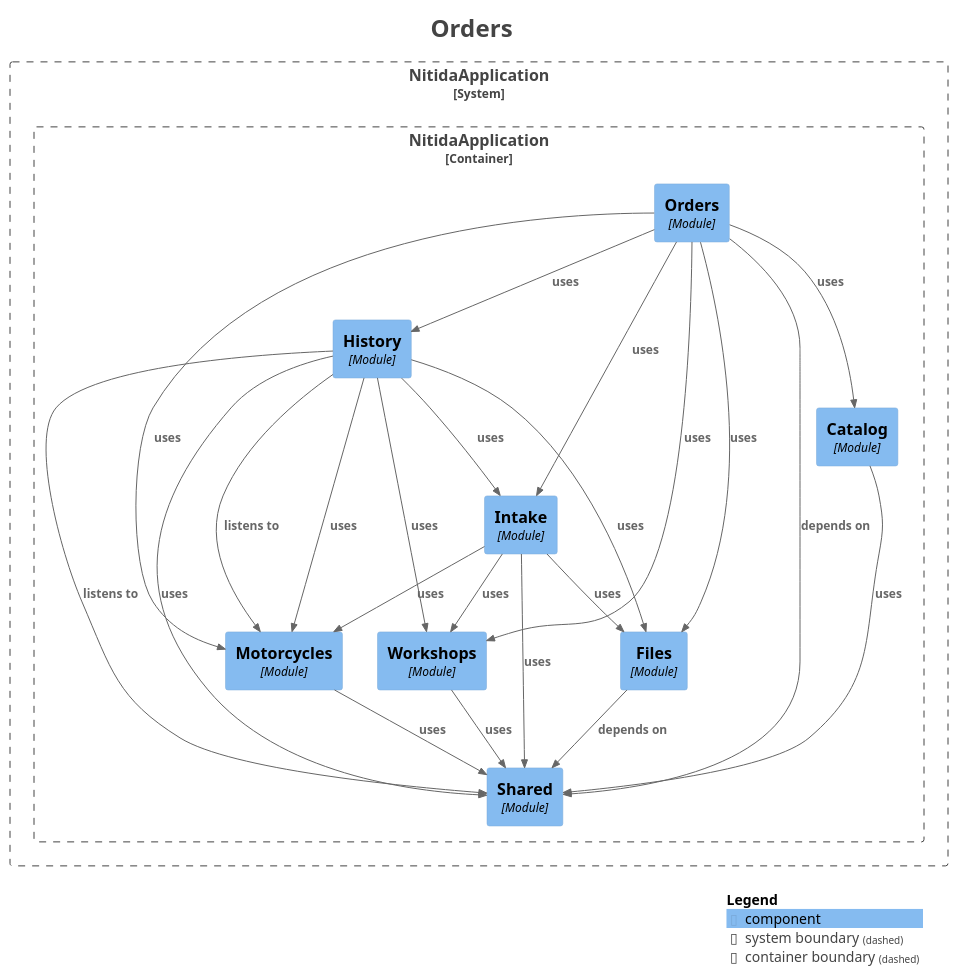
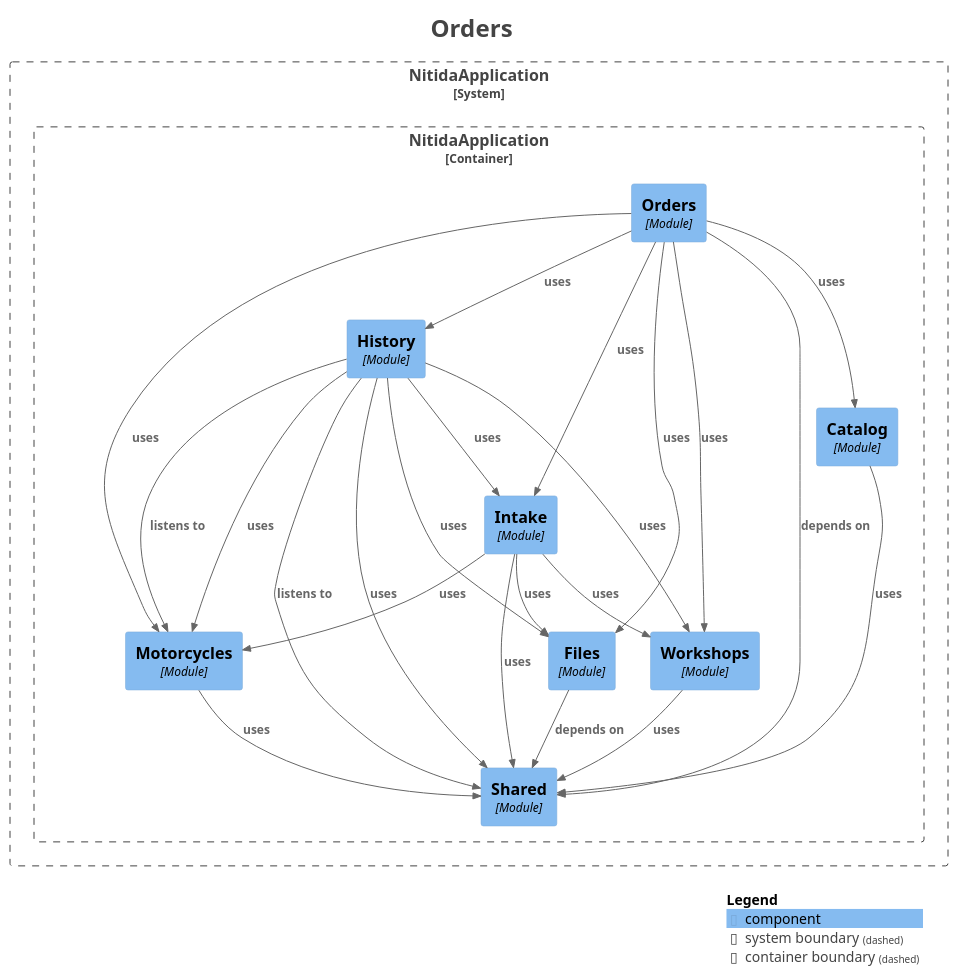
One commit to Nicolas-12000/Nitida changed the diagram in docs/modulos/module-orders.puml. Above: the diagram before and after it, drawn with PlantUML. The commit also changed other lines of this file and 13 other files, not shown here.

Commit message:
feat(dev): development seed through the public API (admin, 2 workshops, 5 delivered motorcycles); test: Ed25519 JDK vs BouncyCastle differential

```diff
--- a/docs/modulos/module-orders.puml
+++ b/docs/modulos/module-orders.puml
@@ -1,57 +1,57 @@
 @startuml
 title <size:24>Orders</size>
 
 set separator none
 top to bottom direction
 
 <style>
   root {
     BackgroundColor: #ffffff
     FontColor: #444444
   }
 </style>
 
 !include <C4/C4>
 !include <C4/C4_Context>
 !include <C4/C4_Component>
 
 System_Boundary("NitidaApplication_boundary", "NitidaApplication", $tags="") {
   Container_Boundary("NitidaApplication.NitidaApplication_boundary", "NitidaApplication", $tags="") {
+    Component(NitidaApplication.NitidaApplication.Intake, "Intake", $techn="Module", $descr="", $tags="", $link="")
     Component(NitidaApplication.NitidaApplication.History, "History", $techn="Module", $descr="", $tags="", $link="")
     Component(NitidaApplication.NitidaApplication.Orders, "Orders", $techn="Module", $descr="", $tags="", $link="")
     Component(NitidaApplication.NitidaApplication.Shared, "Shared", $techn="Module", $descr="", $tags="", $link="")
     Component(NitidaApplication.NitidaApplication.Catalog, "Catalog", $techn="Module", $descr="", $tags="", $link="")
     Component(NitidaApplication.NitidaApplication.Files, "Files", $techn="Module", $descr="", $tags="", $link="")
     Component(NitidaApplication.NitidaApplication.Motorcycles, "Motorcycles", $techn="Module", $descr="", $tags="", $link="")
     Component(NitidaApplication.NitidaApplication.Workshops, "Workshops", $techn="Module", $descr="", $tags="", $link="")
-    Component(NitidaApplication.NitidaApplication.Intake, "Intake", $techn="Module", $descr="", $tags="", $link="")
   }
 
 }
 
-Rel(NitidaApplication.NitidaApplication.Files, NitidaApplication.NitidaApplication.Shared, "depends on", $techn="", $tags="", $link="")
+Rel(NitidaApplication.NitidaApplication.Workshops, NitidaApplication.NitidaApplication.Shared, "uses", $techn="", $tags="", $link="")
 Rel(NitidaApplication.NitidaApplication.Orders, NitidaApplication.NitidaApplication.Shared, "depends on", $techn="", $tags="", $link="")
 Rel(NitidaApplication.NitidaApplication.Orders, NitidaApplication.NitidaApplication.Files, "uses", $techn="", $tags="", $link="")
 Rel(NitidaApplication.NitidaApplication.Orders, NitidaApplication.NitidaApplication.Catalog, "uses", $techn="", $tags="", $link="")
 Rel(NitidaApplication.NitidaApplication.Orders, NitidaApplication.NitidaApplication.Workshops, "uses", $techn="", $tags="", $link="")
 Rel(NitidaApplication.NitidaApplication.Orders, NitidaApplication.NitidaApplication.Motorcycles, "uses", $techn="", $tags="", $link="")
 Rel(NitidaApplication.NitidaApplication.Orders, NitidaApplication.NitidaApplication.Intake, "uses", $techn="", $tags="", $link="")
 Rel(NitidaApplication.NitidaApplication.Orders, NitidaApplication.NitidaApplication.History, "uses", $techn="", $tags="", $link="")
 Rel(NitidaApplication.NitidaApplication.Catalog, NitidaApplication.NitidaApplication.Shared, "uses", $techn="", $tags="", $link="")
-Rel(NitidaApplication.NitidaApplication.Intake, NitidaApplication.NitidaApplication.Motorcycles, "uses", $techn="", $tags="", $link="")
-Rel(NitidaApplication.NitidaApplication.Intake, NitidaApplication.NitidaApplication.Shared, "uses", $techn="", $tags="", $link="")
-Rel(NitidaApplication.NitidaApplication.Intake, NitidaApplication.NitidaApplication.Workshops, "uses", $techn="", $tags="", $link="")
-Rel(NitidaApplication.NitidaApplication.Intake, NitidaApplication.NitidaApplication.Files, "uses", $techn="", $tags="", $link="")
-Rel(NitidaApplication.NitidaApplication.Workshops, NitidaApplication.NitidaApplication.Shared, "uses", $techn="", $tags="", $link="")
-Rel(NitidaApplication.NitidaApplication.Motorcycles, NitidaApplication.NitidaApplication.Shared, "uses", $techn="", $tags="", $link="")
+Rel(NitidaApplication.NitidaApplication.History, NitidaApplication.NitidaApplication.Shared, "listens to", $techn="", $tags="", $link="")
 Rel(NitidaApplication.NitidaApplication.History, NitidaApplication.NitidaApplication.Motorcycles, "listens to", $techn="", $tags="", $link="")
-Rel(NitidaApplication.NitidaApplication.History, NitidaApplication.NitidaApplication.Shared, "listens to", $techn="", $tags="", $link="")
 Rel(NitidaApplication.NitidaApplication.History, NitidaApplication.NitidaApplication.Workshops, "uses", $techn="", $tags="", $link="")
 Rel(NitidaApplication.NitidaApplication.History, NitidaApplication.NitidaApplication.Intake, "uses", $techn="", $tags="", $link="")
 Rel(NitidaApplication.NitidaApplication.History, NitidaApplication.NitidaApplication.Motorcycles, "uses", $techn="", $tags="", $link="")
 Rel(NitidaApplication.NitidaApplication.History, NitidaApplication.NitidaApplication.Shared, "uses", $techn="", $tags="", $link="")
 Rel(NitidaApplication.NitidaApplication.History, NitidaApplication.NitidaApplication.Files, "uses", $techn="", $tags="", $link="")
+Rel(NitidaApplication.NitidaApplication.Motorcycles, NitidaApplication.NitidaApplication.Shared, "uses", $techn="", $tags="", $link="")
+Rel(NitidaApplication.NitidaApplication.Intake, NitidaApplication.NitidaApplication.Motorcycles, "uses", $techn="", $tags="", $link="")
+Rel(NitidaApplication.NitidaApplication.Intake, NitidaApplication.NitidaApplication.Shared, "uses", $techn="", $tags="", $link="")
+Rel(NitidaApplication.NitidaApplication.Intake, NitidaApplication.NitidaApplication.Workshops, "uses", $techn="", $tags="", $link="")
+Rel(NitidaApplication.NitidaApplication.Intake, NitidaApplication.NitidaApplication.Files, "uses", $techn="", $tags="", $link="")
+Rel(NitidaApplication.NitidaApplication.Files, NitidaApplication.NitidaApplication.Shared, "depends on", $techn="", $tags="", $link="")
 
 SHOW_LEGEND(true)
 hide stereotypes
 @enduml
```
